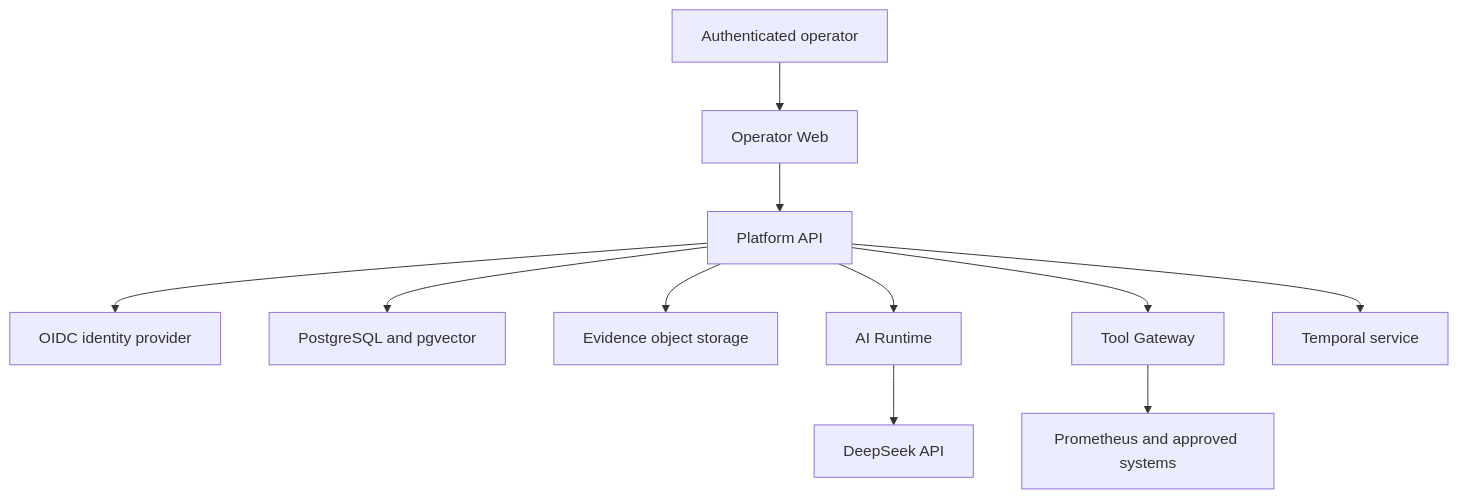
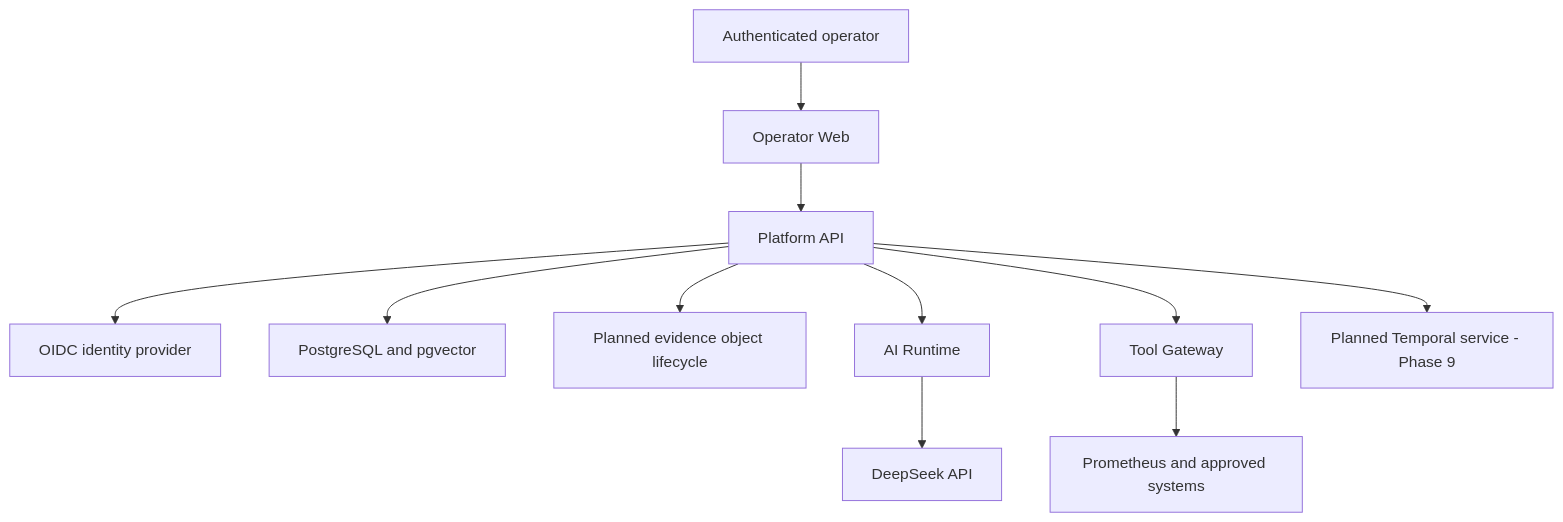
Before and after one commit to JasonTM17/OpsMind_AI: the first of 2 diagrams in docs/system-architecture.md, drawn with Mermaid. The commit also changed other lines of this file and 22 other files, not shown here.

Commit message:
docs(evaluation): reconcile Phase 8 evidence

````diff
--- a/docs/system-architecture.md
+++ b/docs/system-architecture.md
@@ -11,13 +11,13 @@
 ```mermaid
 flowchart TB
     USER["Authenticated operator"] --> WEB["Operator Web"]
     WEB --> API["Platform API"]
     API --> IDP["OIDC identity provider"]
     API --> DB["PostgreSQL and pgvector"]
-    API --> OBJECTS["Evidence object storage"]
+    API --> OBJECTS["Planned evidence object lifecycle"]
     API --> AIR["AI Runtime"]
     AIR --> DEEPSEEK["DeepSeek API"]
     API --> TOOL["Tool Gateway"]
     TOOL --> PROM["Prometheus and approved systems"]
-    API --> TEMPORAL["Temporal service"]
+    API --> TEMPORAL["Planned Temporal service - Phase 9"]
 ```
````
